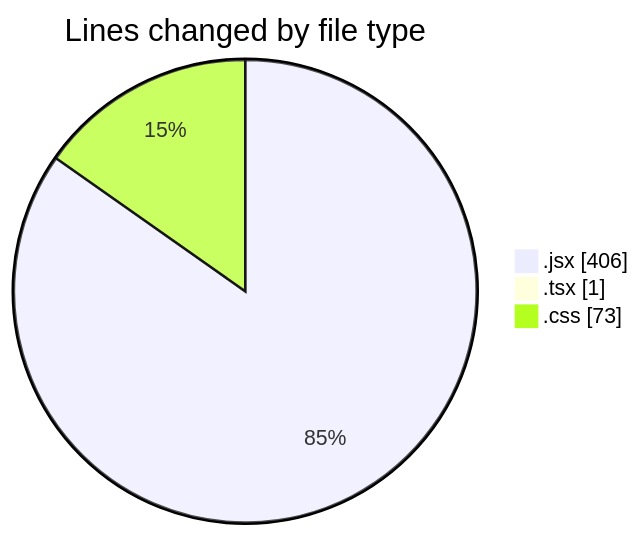
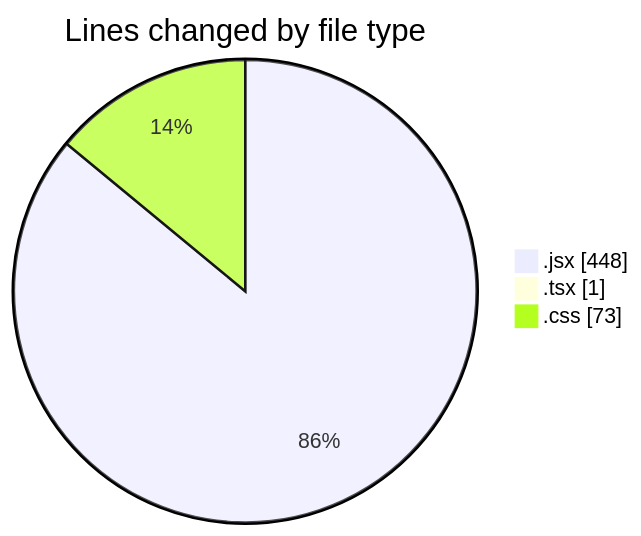
The first of 2 diagrams in 2025-02-10/react_ecom/README.md (Elitesun/code-tracking), drawn with Mermaid before and after one commit. The commit also changed other lines of this file and 1 other file, not shown here.

````diff
--- a/2025-02-10/react_ecom/README.md
+++ b/2025-02-10/react_ecom/README.md
@@ -29,7 +29,7 @@
 ```mermaid
 pie showData
 title Lines changed by file type
-".jsx" : 406
+".jsx" : 448
 ".tsx" : 1
 ".css" : 73
 ```
````
